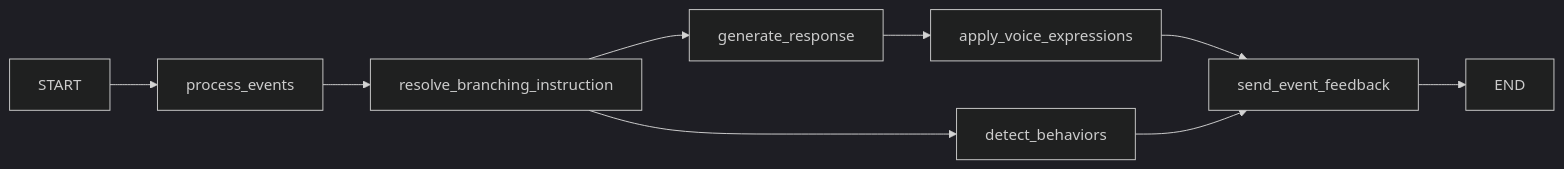
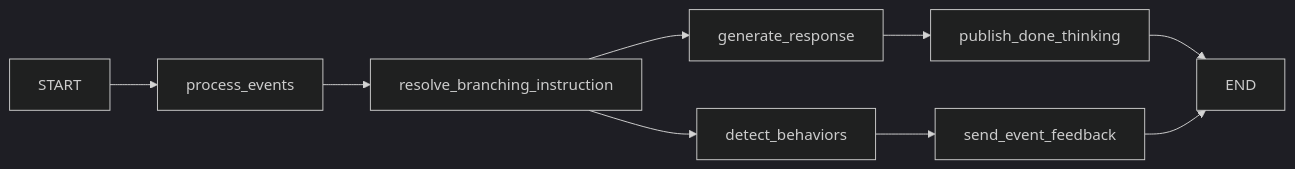
One commit to HelloAllyTech/ally-platform changed the first of 2 diagrams in docs/02-graph-pipeline.md. Above: the diagram before and after it, drawn with Mermaid (dark theme). The commit also changed other lines of this file and 40 other files, not shown here.

````diff
--- a/docs/02-graph-pipeline.md
+++ b/docs/02-graph-pipeline.md
@@ -11,11 +11,11 @@
 ```mermaid
 flowchart LR
     START --> process_events
     process_events --> resolve_branching_instruction
     resolve_branching_instruction --> generate_response
     resolve_branching_instruction --> detect_behaviors
-    generate_response --> apply_voice_expressions
-    apply_voice_expressions --> send_event_feedback
+    generate_response --> publish_done_thinking
+    publish_done_thinking --> END
     detect_behaviors --> send_event_feedback
     send_event_feedback --> END
 ```
````
